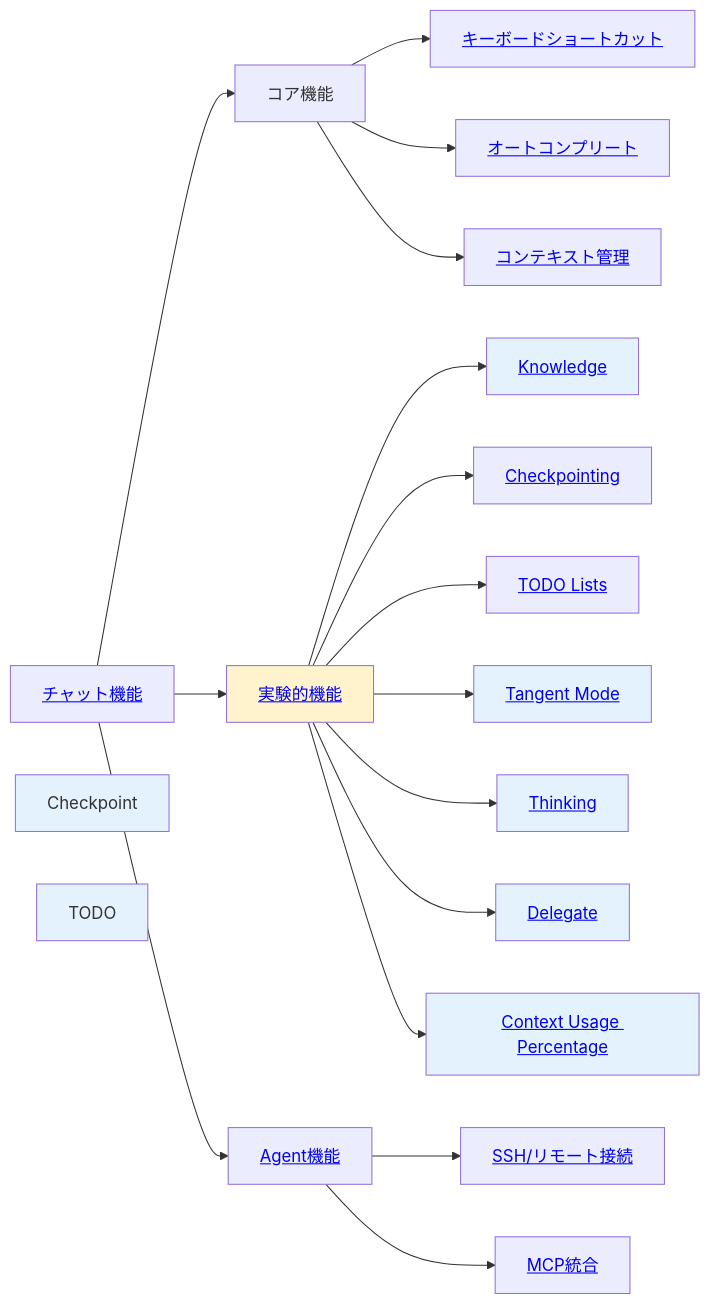
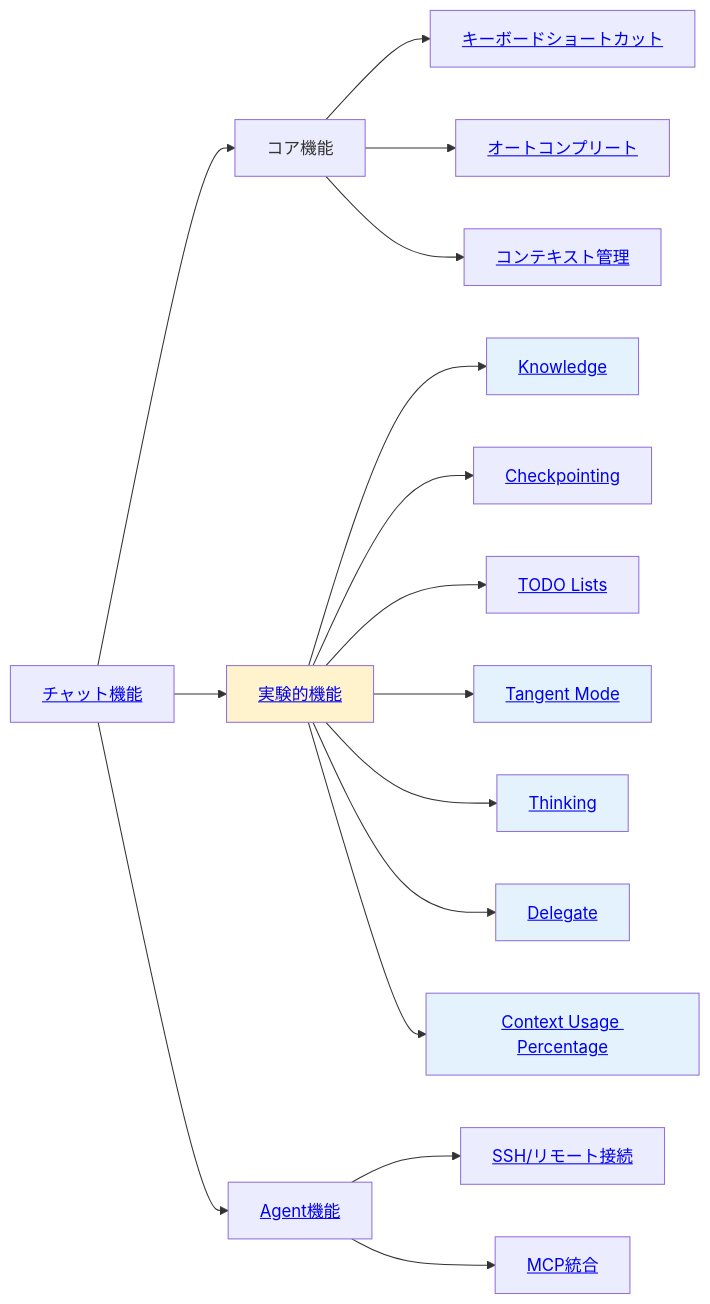
Before and after one commit to kamogashira-sys/q-cli-docs: the diagram in docs/01_for-users/02_features/README.md, drawn with Mermaid.

Commit message:
fix: 機能関係図から不要なCheckpointとTODOのstyle定義を削除
- style Checkpoint fill:#e3f2fd を削除
- style TODO fill:#e3f2fd を削除
- 実際のノード（Checkpointing、TodoLists）は残す

````diff
--- a/docs/01_for-users/02_features/README.md
+++ b/docs/01_for-users/02_features/README.md
@@ -57,30 +57,28 @@
 ```mermaid
 graph LR
     Chat["<a href='https://github.com/kamogashira-sys/q-cli-docs/blob/main/docs/01_for-users/02_features/01_chat.md'>チャット機能</a>"] --> Core[コア機能]
     Chat --> Exp["<a href='https://github.com/kamogashira-sys/q-cli-docs/blob/main/docs/01_for-users/02_features/07_experimental.md'>実験的機能</a>"]
     Chat --> Agent["<a href='https://github.com/kamogashira-sys/q-cli-docs/blob/main/docs/01_for-users/02_features/02_agents.md'>Agent機能</a>"]
     
     Core --> Keyboard["<a href='https://github.com/kamogashira-sys/q-cli-docs/blob/main/docs/01_for-users/02_features/04_keyboard-shortcuts.md'>キーボードショートカット</a>"]
     Core --> Autocomplete["<a href='https://github.com/kamogashira-sys/q-cli-docs/blob/main/docs/01_for-users/02_features/03_autocomplete.md'>オートコンプリート</a>"]
     Core --> Context["<a href='https://github.com/kamogashira-sys/q-cli-docs/blob/main/docs/01_for-users/02_features/01_chat.md#%E3%82%B3%E3%83%B3%E3%83%86%E3%82%AD%E3%82%B9%E3%83%88%E7%AE%A1%E7%90%86'>コンテキスト管理</a>"]
     
     Exp --> Knowledge["<a href='https://github.com/kamogashira-sys/q-cli-docs/blob/main/docs/01_for-users/02_features/01_chat.md#knowledge%E7%AE%A1%E7%90%86'>Knowledge</a>"]
     Exp --> Checkpointing["<a href='https://github.com/kamogashira-sys/q-cli-docs/blob/main/docs/01_for-users/02_features/05_checkpoints.md'>Checkpointing</a>"]
     Exp --> TodoLists["<a href='https://github.com/kamogashira-sys/q-cli-docs/blob/main/docs/01_for-users/02_features/01_chat.md#todo%E7%AE%A1%E7%90%86'>TODO Lists</a>"]
     Exp --> Tangent["<a href='https://github.com/kamogashira-sys/q-cli-docs/blob/main/docs/01_for-users/02_features/01_chat.md#%E4%BC%9A%E8%A9%B1%E7%AE%A1%E7%90%86'>Tangent Mode</a>"]
     Exp --> Thinking["<a href='https://github.com/kamogashira-sys/q-cli-docs/blob/main/docs/01_for-users/02_features/07_experimental.md#-thinking%E6%80%9D%E8%80%83%E9%81%8E%E7%A8%8B%E8%A1%A8%E7%A4%BA'>Thinking</a>"]
     Exp --> Delegate["<a href='https://github.com/kamogashira-sys/q-cli-docs/blob/main/docs/01_for-users/02_features/07_experimental.md#-delegatev1180'>Delegate</a>"]
     Exp --> ContextUsage["<a href='https://github.com/kamogashira-sys/q-cli-docs/blob/main/docs/01_for-users/08_guides/04_best-practices.md#%E6%89%8B%E9%A0%861-context-usage-indicator-%E3%81%A7%E5%B8%B8%E6%99%82%E7%9B%A3%E8%A6%96%E6%8E%A8%E5%A5%A8'>Context Usage Percentage</a>"]
     
     Agent --> SSH["<a href='https://github.com/kamogashira-sys/q-cli-docs/blob/main/docs/01_for-users/02_features/06_ssh-remote.md'>SSH/リモート接続</a>"]
     Agent --> MCP["<a href='https://github.com/kamogashira-sys/q-cli-docs/blob/main/docs/01_for-users/03_configuration/06_mcp-configuration.md'>MCP統合</a>"]
     
     style Exp fill:#fff3cd
     style Knowledge fill:#e3f2fd
-    style Checkpoint fill:#e3f2fd
-    style TODO fill:#e3f2fd
     style Tangent fill:#e3f2fd
     style Thinking fill:#e3f2fd
     style Delegate fill:#e3f2fd
     style ContextUsage fill:#e3f2fd
 ```
````
